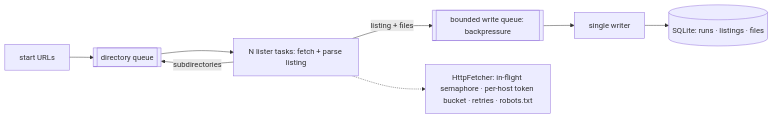
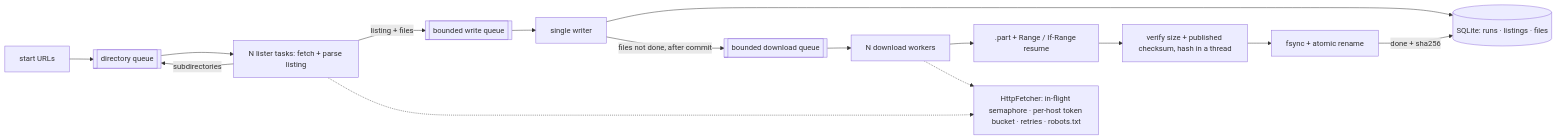
Before and after one commit to salmaelhanchi/async-archive: the diagram in README.md, drawn with Mermaid. The commit also changed other lines of this file and 47 other files, not shown here.

First line of the commit message:
M1: download workers, rate limits, range resume and verification

````diff
--- a/README.md
+++ b/README.md
@@ -12,9 +14,14 @@
 ```mermaid
 flowchart LR
   START[start URLs] --> DQ[[directory queue]]
   DQ --> L[N lister tasks: fetch + parse listing]
   L -- subdirectories --> DQ
-  L -- "listing + files" --> WQ[[bounded write queue: backpressure]]
+  L -- "listing + files" --> WQ[[bounded write queue]]
   WQ --> W[single writer] --> DB[(SQLite: runs · listings · files)]
-  L -.-> HTTP[HttpFetcher: in-flight semaphore · per-host token bucket · retries · robots.txt]
+  W -- "files not done, after commit" --> FQ[[bounded download queue]]
+  FQ --> D[N download workers]
+  D --> P[.part + Range / If-Range resume]
+  P --> V[verify size + published checksum, hash in a thread]
+  V --> R[fsync + atomic rename] -- "done + sha256" --> DB
+  L & D -.-> HTTP[HttpFetcher: in-flight semaphore · per-host token bucket · retries · robots.txt]
 ```
````
